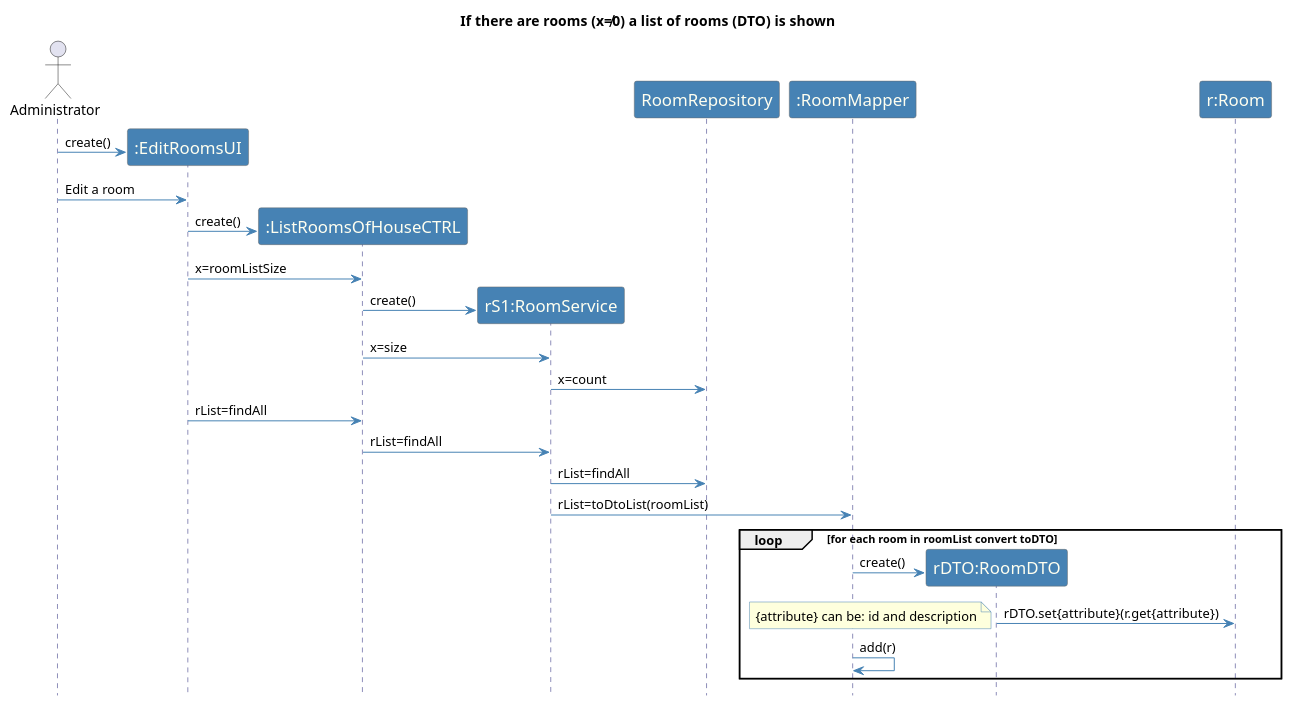
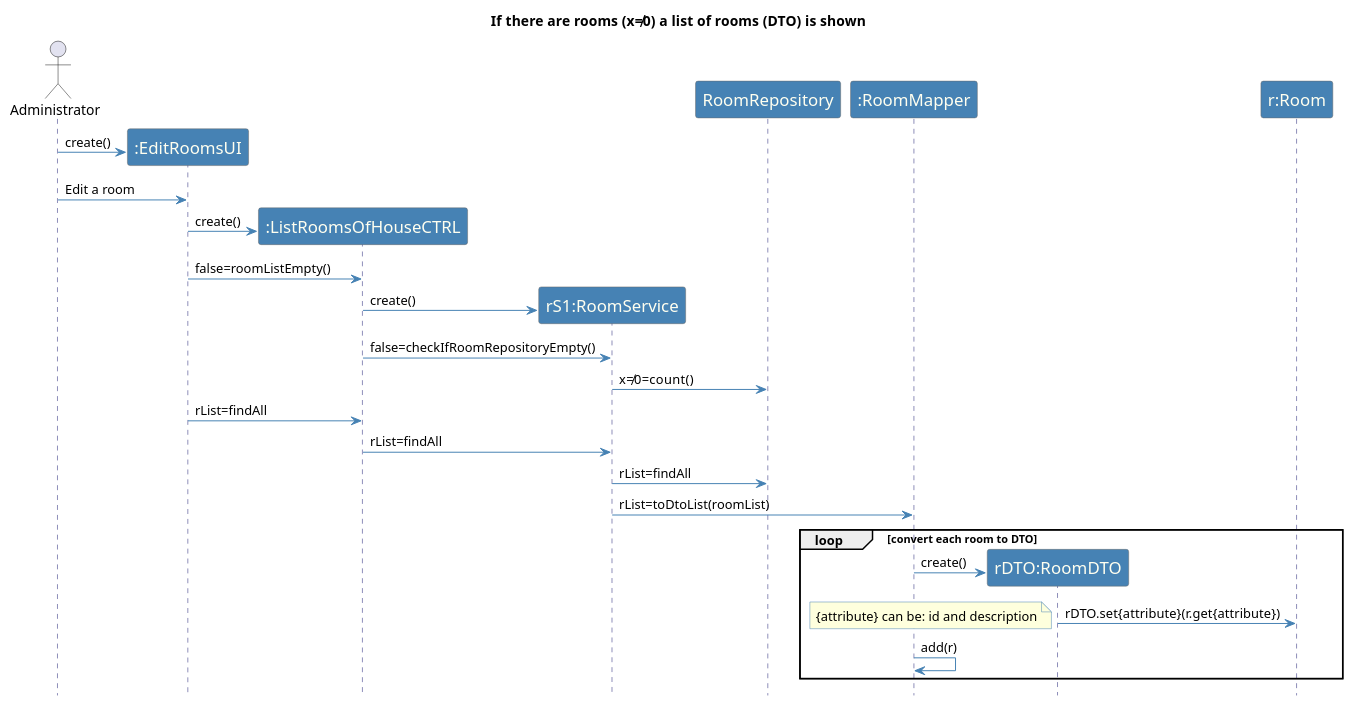
The diagram in src/main/java/smarthome/controller/sequenceDiagrams/sd_EditRoomRef1.puml (emanuel-pereira/hou), drawn with PlantUML before and after one commit. The commit also changed 4 other files, not shown here.

Commit message:
US109: update sequence diagram. Ref #249

```diff
--- a/src/main/java/smarthome/controller/sequenceDiagrams/sd_EditRoomRef1.puml
+++ b/src/main/java/smarthome/controller/sequenceDiagrams/sd_EditRoomRef1.puml
@@ -1,56 +1,56 @@
 @startuml
 hidefootbox
 title If there are rooms (x≠0) a list of rooms (DTO) is shown
 
 actor Administrator
 
 skinparam sequence {
 	ArrowColor SteelBlue
 	ActorBorderColor Dimgray
 	LifeLineBorderColor MidnightBlue
 	LifeLineBackgroundColor #A9DCDF
 
 	ParticipantBorderColor Dimgray
 	ParticipantBackgroundColor SteelBlue
 	ParticipantFontName Calibri Bold
 	ParticipantFontSize 17
 	ParticipantFontColor Ivory
 
 	ActorBackgroundColor SteelBlue
 	ActorFontColor MidnightBlue
 	ActorFontSize 17
 	ActorFontName Aapex
 
 }
 
 skinparam note {
 BorderColor SteelBlue
 }
 
 create ":EditRoomsUI"
 Administrator -> ":EditRoomsUI": create()
 Administrator -> ":EditRoomsUI":Edit a room
 create ":ListRoomsOfHouseCTRL"
 ":EditRoomsUI" -> ":ListRoomsOfHouseCTRL": create()
-":EditRoomsUI" -> ":ListRoomsOfHouseCTRL": x=roomListSize
+":EditRoomsUI" -> ":ListRoomsOfHouseCTRL": false=roomListEmpty()
 create "rS1:RoomService"
 ":ListRoomsOfHouseCTRL" -> "rS1:RoomService": create()
-":ListRoomsOfHouseCTRL" -> "rS1:RoomService": x=size
-"rS1:RoomService" -> RoomRepository: x=count
+":ListRoomsOfHouseCTRL" -> "rS1:RoomService": false=checkIfRoomRepositoryEmpty()
+"rS1:RoomService" -> RoomRepository: x≠0=count()
 ":EditRoomsUI" -> ":ListRoomsOfHouseCTRL": rList=findAll
 ":ListRoomsOfHouseCTRL" -> "rS1:RoomService": rList=findAll
 "rS1:RoomService" -> RoomRepository: rList=findAll
 "rS1:RoomService" -> ":RoomMapper": rList=toDtoList(roomList)
-loop for each room in roomList convert toDTO
+loop convert each room to DTO
 create "rDTO:RoomDTO"
 ":RoomMapper" -> "rDTO:RoomDTO": create()
 "rDTO:RoomDTO" -> "r:Room": rDTO.set{attribute}(r.get{attribute})
 note left
 {attribute} can be: id and description
     end note
 ":RoomMapper"-> ":RoomMapper":add(r)
 end
 
 
 
 @enduml
```
